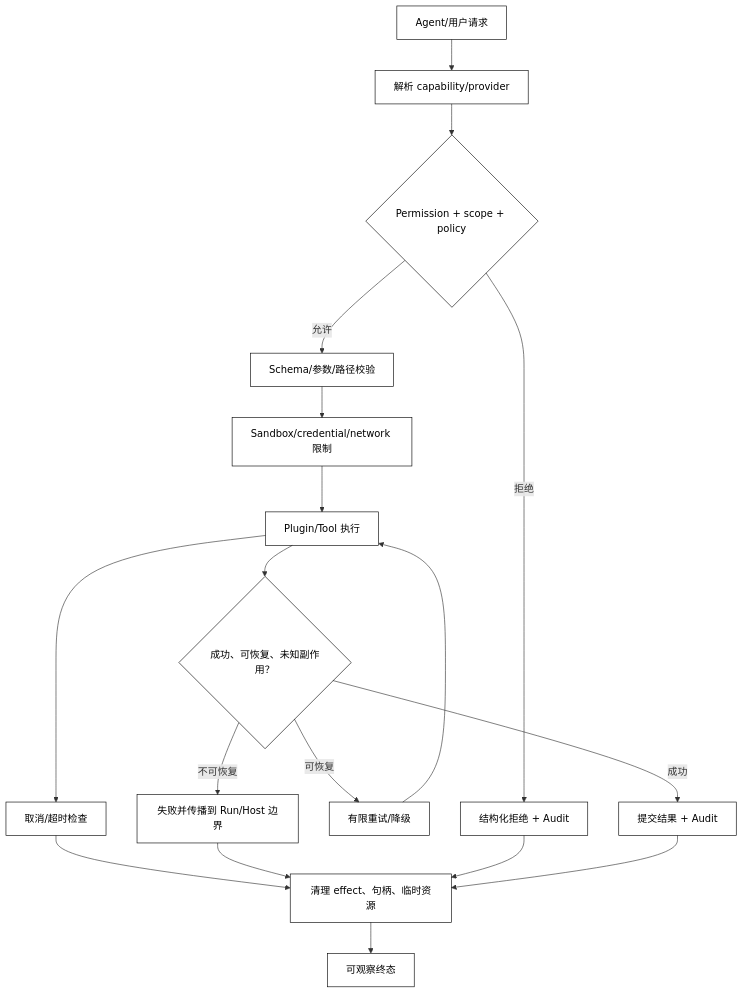
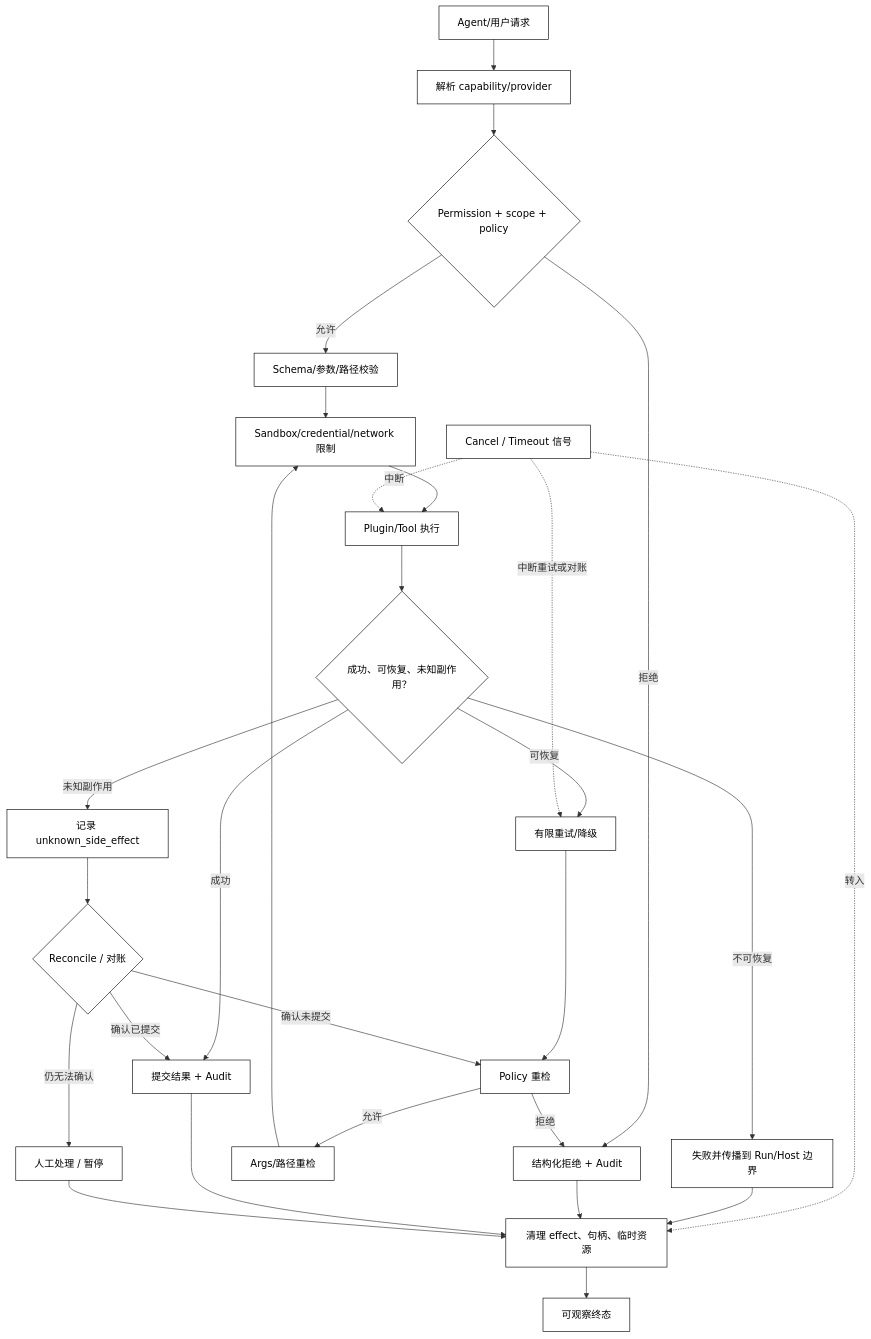
The diagram in docs/courses/agent/07-Skills插件与Hook/09-权限隔离失败传播与插件安全.md (clint-sfy/clintsfy.github.io), drawn with Mermaid before and after one commit. The commit also changed other lines of this file and 17 other files, not shown here.

````diff
--- a/docs/courses/agent/07-Skills插件与Hook/09-权限隔离失败传播与插件安全.md
+++ b/docs/courses/agent/07-Skills插件与Hook/09-权限隔离失败传播与插件安全.md
@@ -49,23 +49,33 @@
 ```mermaid
 flowchart TD
     Request[Agent/用户请求] --> Resolve[解析 capability/provider]
     Resolve --> Policy{Permission + scope + policy}
     Policy -->|拒绝| Deny[结构化拒绝 + Audit]
     Policy -->|允许| Args[Schema/参数/路径校验]
     Args --> Isolation[Sandbox/credential/network 限制]
     Isolation --> Execute[Plugin/Tool 执行]
     Execute --> Outcome{成功、可恢复、未知副作用？}
     Outcome -->|成功| Commit[提交结果 + Audit]
     Outcome -->|可恢复| Retry[有限重试/降级]
     Outcome -->|不可恢复| Fail[失败并传播到 Run/Host 边界]
-    Retry --> Execute
-    Execute --> Cancel[取消/超时检查]
-    Cancel --> Cleanup[清理 effect、句柄、临时资源]
+    Outcome -->|未知副作用| Unknown[记录 unknown_side_effect]
+    Retry --> PolicyAgain[Policy 重检]
+    PolicyAgain -->|拒绝| Deny
+    PolicyAgain -->|允许| ArgsAgain[Args/路径重检]
+    ArgsAgain --> Isolation
+    Unknown --> Reconcile{Reconcile / 对账}
+    Reconcile -->|确认已提交| Commit
+    Reconcile -->|确认未提交| PolicyAgain
+    Reconcile -->|仍无法确认| Manual[人工处理 / 暂停]
+    RunSignal[Cancel / Timeout 信号] -.中断.-> Execute
+    RunSignal -.中断重试或对账.-> Retry
+    RunSignal -.转入.-> Cleanup[清理 effect、句柄、临时资源]
     Fail --> Cleanup
     Deny --> Cleanup
     Commit --> Cleanup
+    Manual --> Cleanup
     Cleanup --> Final[可观察终态]
 
     classDef core fill:transparent,stroke:currentColor,color:currentColor,stroke-width:1px;
-    class Request,Resolve,Policy,Deny,Args,Isolation,Execute,Outcome,Commit,Retry,Fail,Cancel,Cleanup,Final core;
+    class Request,Resolve,Policy,Deny,Args,Isolation,Execute,Outcome,Commit,Retry,Fail,Unknown,PolicyAgain,ArgsAgain,Reconcile,Manual,RunSignal,Cleanup,Final core;
 ```
````
